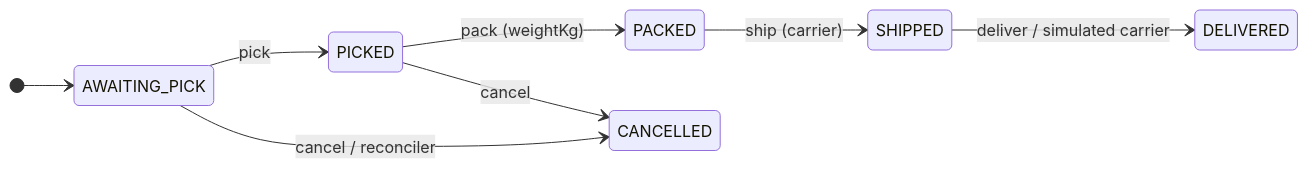
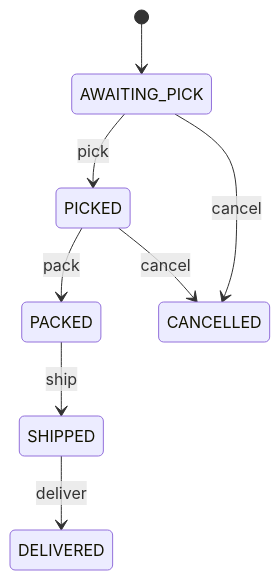
Before and after one commit to slawekradzyminski/awesome-localstack: the third of 6 diagrams in docs-site/docs/flows/state-machines.md, drawn with Mermaid. The commit also changed other lines of this file and 27 other files, not shown here.

First line of the commit message:
Fix unrendered wiki diagrams and make every diagram readable

````diff
--- a/docs-site/docs/flows/state-machines.md
+++ b/docs-site/docs/flows/state-machines.md
@@ -45,11 +44,10 @@
 ```mermaid
 stateDiagram-v2
-    direction LR
     [*] --> AWAITING_PICK
     AWAITING_PICK --> PICKED: pick
-    PICKED --> PACKED: pack (weightKg)
-    PACKED --> SHIPPED: ship (carrier)
-    SHIPPED --> DELIVERED: deliver / simulated carrier
-    AWAITING_PICK --> CANCELLED: cancel / reconciler
+    PICKED --> PACKED: pack
+    PACKED --> SHIPPED: ship
+    SHIPPED --> DELIVERED: deliver
+    AWAITING_PICK --> CANCELLED: cancel
     PICKED --> CANCELLED: cancel
 ```
````
